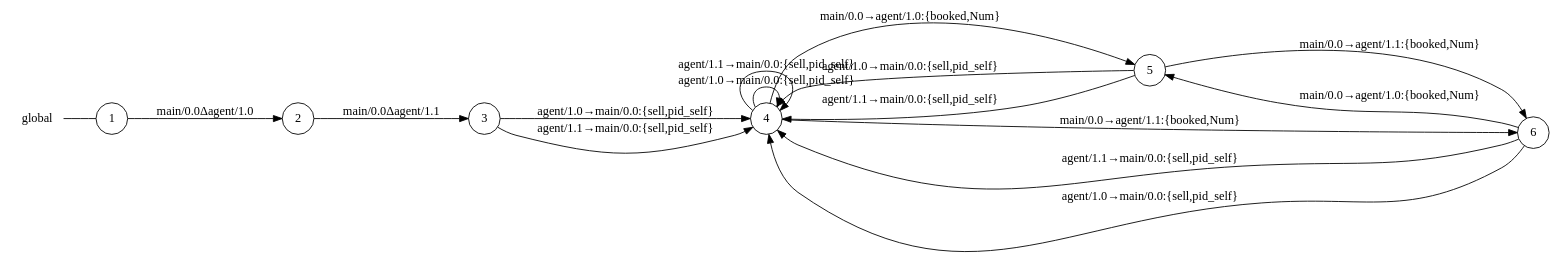
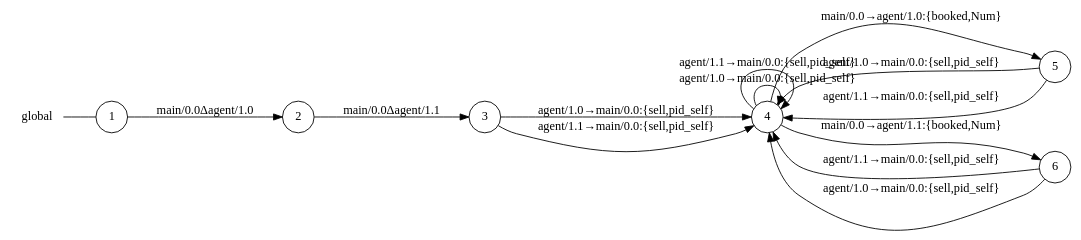
The diagram in examples/airline/main_0_global_view.dot (gabrielegenovese/chorer), drawn with Graphviz before and after one commit. The commit also changed 12 other files, not shown here.

```diff
--- a/examples/airline/main_0_global_view.dot
+++ b/examples/airline/main_0_global_view.dot
@@ -1,26 +1,24 @@
 digraph global {
 	rankdir="LR";
 	n_0 [label="global", shape="plaintext"];
 	n_1 [id="5", shape=circle, label="5"];
 	n_2 [id="6", shape=circle, label="6"];
 	n_3 [id="1", shape=circle, label="1"];
 	n_0 -> n_3 [arrowhead=none];
 	n_4 [id="2", shape=circle, label="2"];
 	n_5 [id="4", shape=circle, label="4"];
 	n_6 [id="3", shape=circle, label="3"];
 
 	n_2 -> n_5 [id="[$e|11]", label="agent/1.1→main/0.0:{sell,pid_self}"];
 	n_2 -> n_5 [id="[$e|10]", label="agent/1.0→main/0.0:{sell,pid_self}"];
 	n_5 -> n_2 [id="[$e|7]", label="main/0.0→agent/1.1:{booked,Num}"];
 	n_6 -> n_5 [id="[$e|2]", label="agent/1.0→main/0.0:{sell,pid_self}"];
 	n_6 -> n_5 [id="[$e|3]", label="agent/1.1→main/0.0:{sell,pid_self}"];
 	n_5 -> n_1 [id="[$e|5]", label="main/0.0→agent/1.0:{booked,Num}"];
 	n_5 -> n_5 [id="[$e|6]", label="agent/1.0→main/0.0:{sell,pid_self}"];
 	n_4 -> n_6 [id="[$e|1]", label="main/0.0Δagent/1.1"];
-	n_2 -> n_1 [id="[$e|13]", label="main/0.0→agent/1.0:{booked,Num}"];
 	n_1 -> n_5 [id="[$e|9]", label="agent/1.0→main/0.0:{sell,pid_self}"];
 	n_3 -> n_4 [id="[$e|0]", label="main/0.0Δagent/1.0"];
-	n_1 -> n_2 [id="[$e|12]", label="main/0.0→agent/1.1:{booked,Num}"];
 	n_5 -> n_5 [id="[$e|4]", label="agent/1.1→main/0.0:{sell,pid_self}"];
 	n_1 -> n_5 [id="[$e|8]", label="agent/1.1→main/0.0:{sell,pid_self}"];
 }
```
